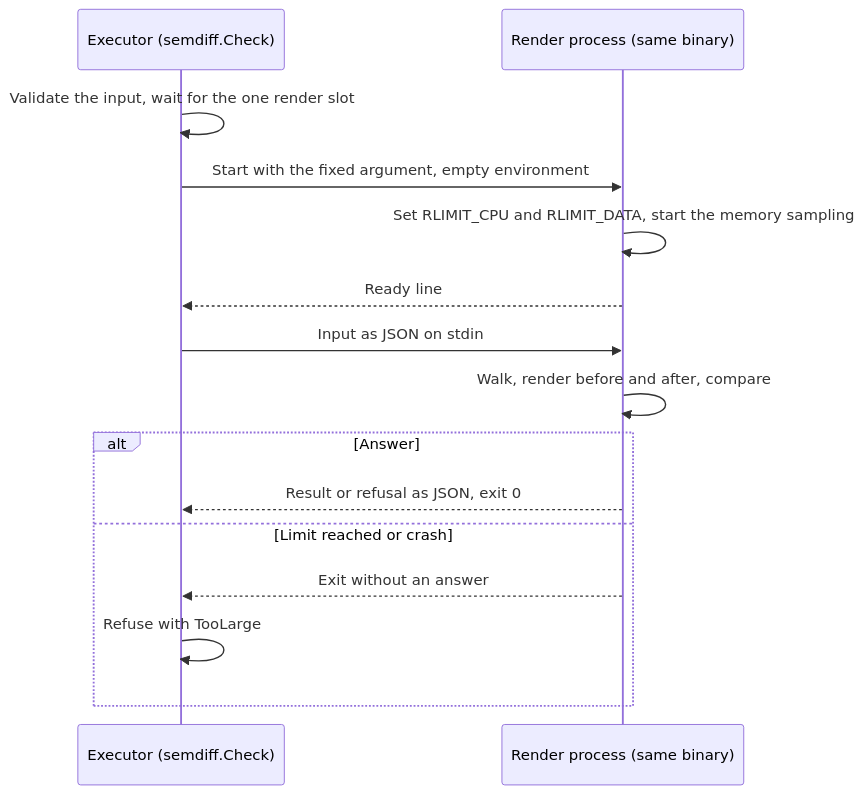
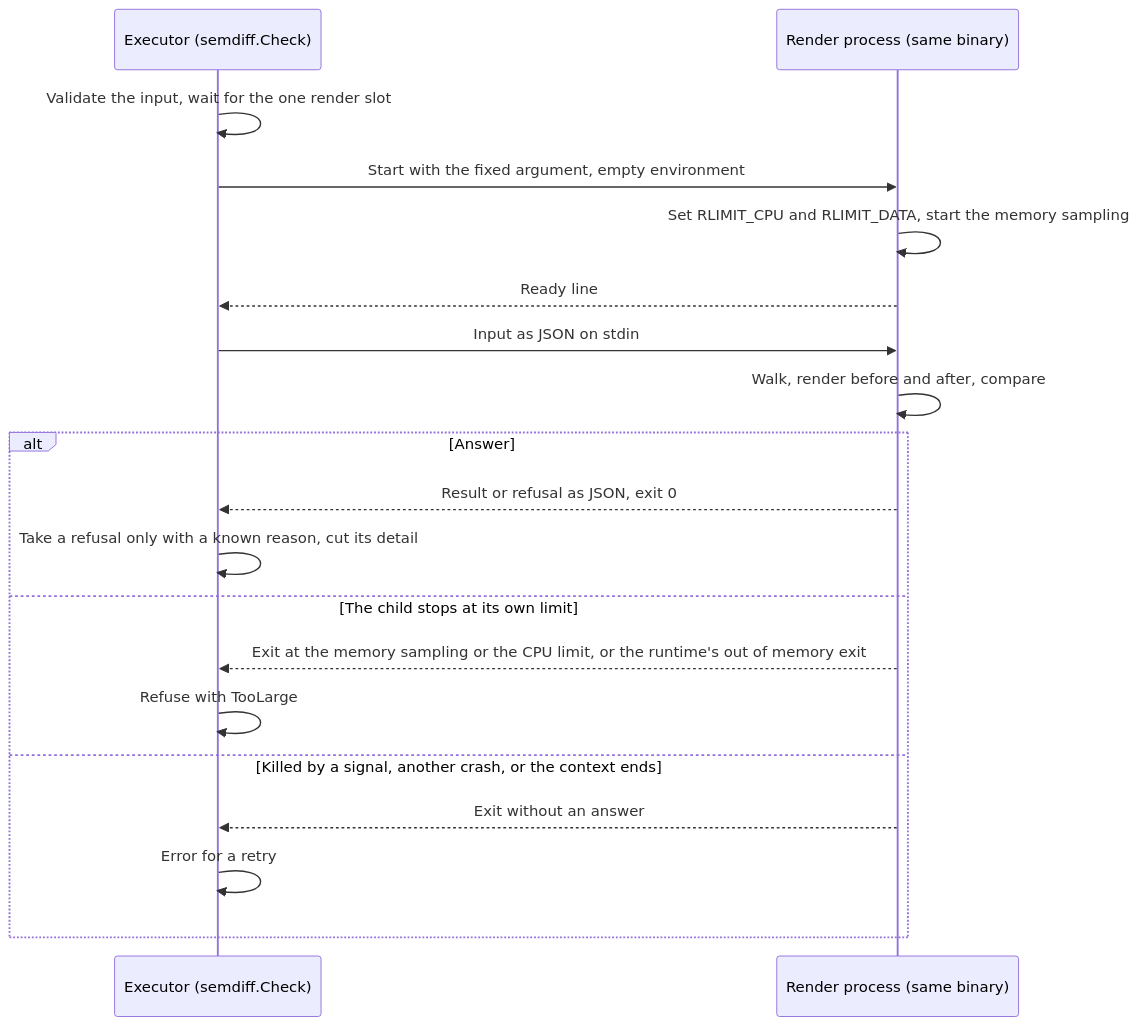
The diagram in docs/adr/0035-render-check-in-a-limited-child-process.md (pkalin/shadewright), drawn with Mermaid before and after one commit. The commit also changed other lines of this file and 22 other files, not shown here.

First line of the commit message:
fix(gitops): refuse only the render process's own ends and fit its CPU limit in the step

````diff
--- a/docs/adr/0035-render-check-in-a-limited-child-process.md
+++ b/docs/adr/0035-render-check-in-a-limited-child-process.md
@@ -24,17 +28,21 @@
 ```mermaid
 sequenceDiagram
     participant E as Executor (semdiff.Check)
     participant C as Render process (same binary)
     E->>E: Validate the input, wait for the one render slot
     E->>C: Start with the fixed argument, empty environment
     C->>C: Set RLIMIT_CPU and RLIMIT_DATA, start the memory sampling
     C-->>E: Ready line
     E->>C: Input as JSON on stdin
     C->>C: Walk, render before and after, compare
     alt Answer
         C-->>E: Result or refusal as JSON, exit 0
-    else Limit reached or crash
+        E->>E: Take a refusal only with a known reason, cut its detail
+    else The child stops at its own limit
+        C-->>E: Exit at the memory sampling or the CPU limit, or the runtime's out of memory exit
+        E->>E: Refuse with TooLarge
+    else Killed by a signal, another crash, or the context ends
         C-->>E: Exit without an answer
-        E->>E: Refuse with TooLarge
+        E->>E: Error for a retry
     end
 ```
````
